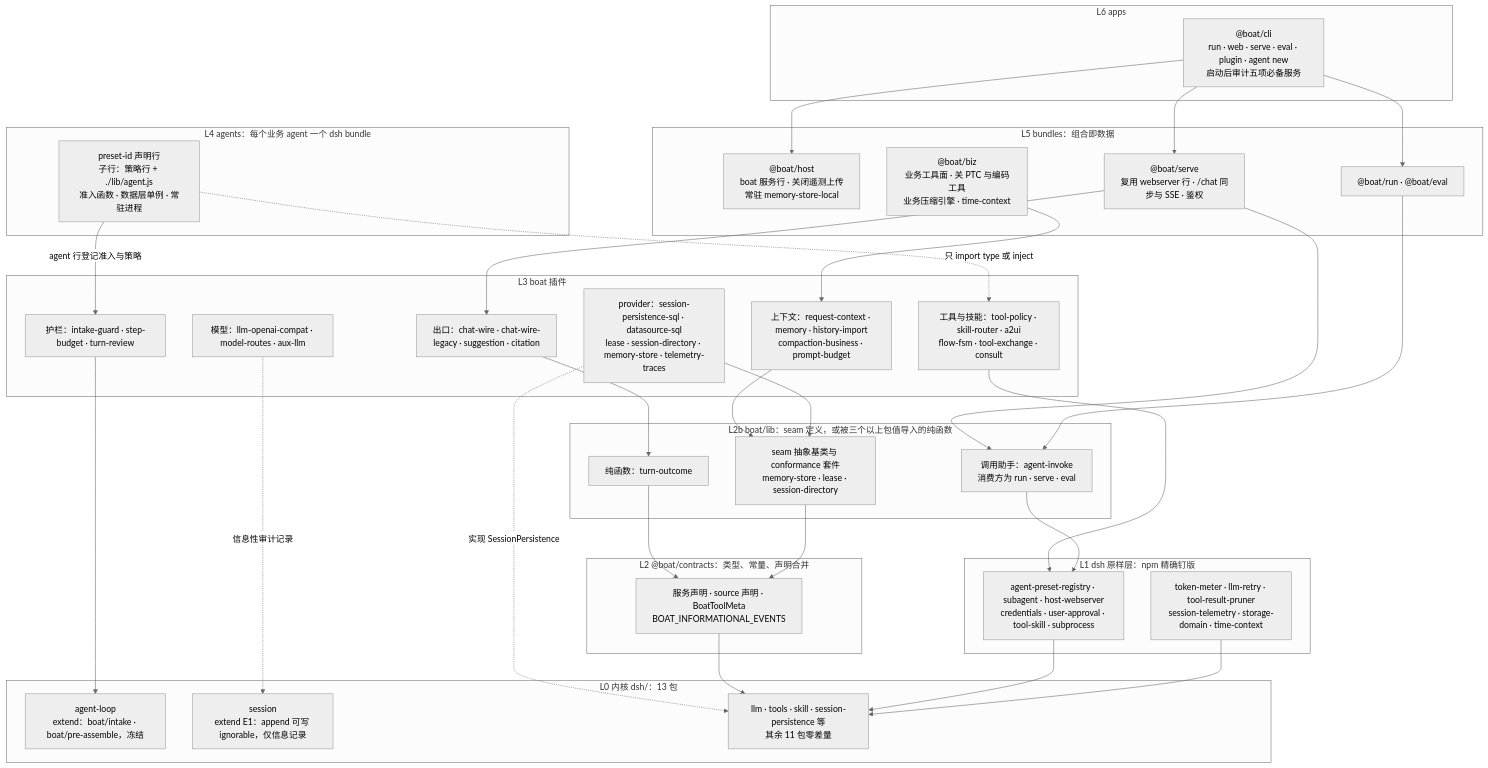
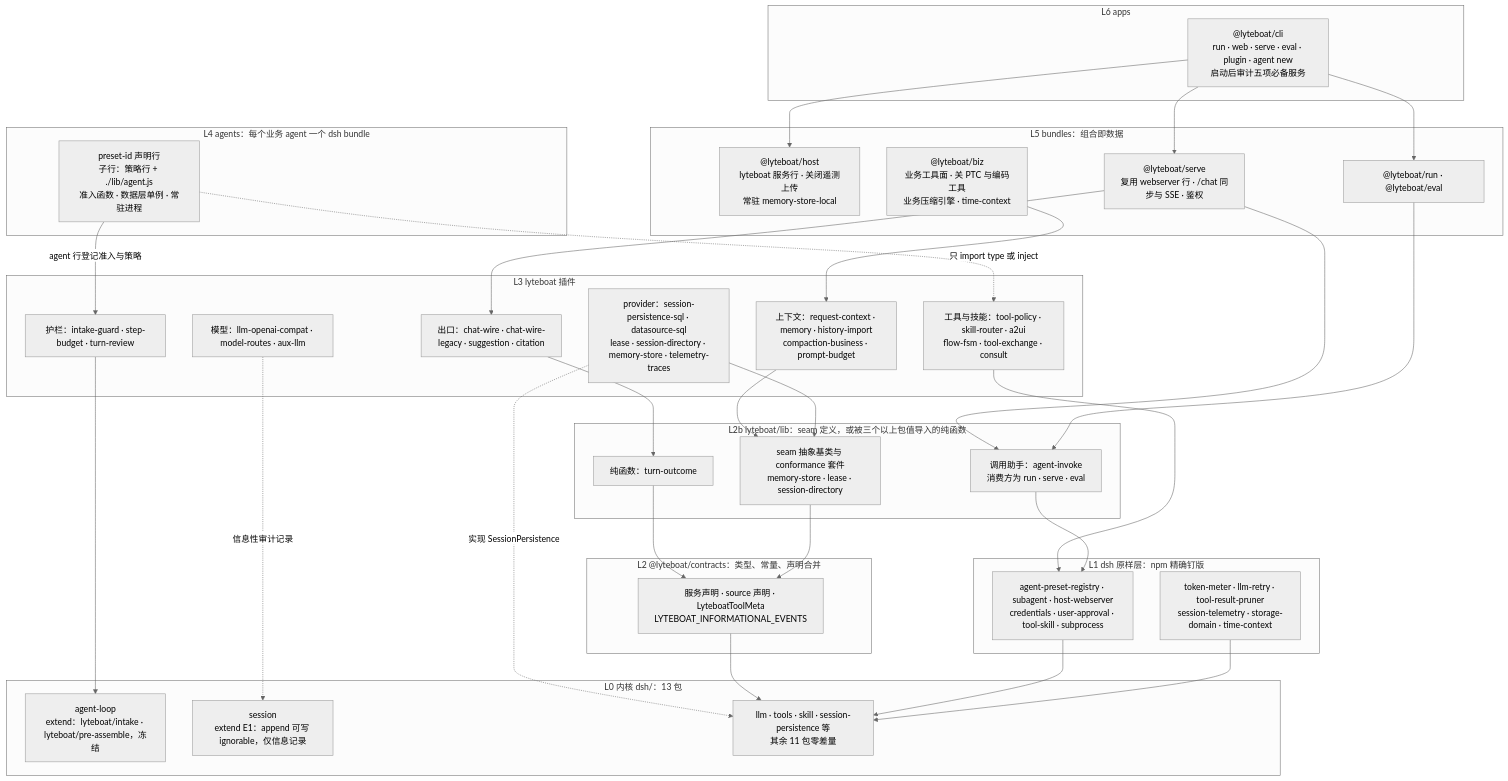
Before and after one commit to lyteboat/boat: the first of 3 diagrams in docs/04-reference-alignment.md, drawn with Mermaid (neutral theme). The commit also changed other lines of this file and 316 other files, not shown here.

First line of the commit message:
chore: lyteboat — one name for the packages, the CLI, the protocol, and the docs

````diff
--- a/docs/04-reference-alignment.md
+++ b/docs/04-reference-alignment.md
@@ -618,62 +618,62 @@
 ```mermaid
 flowchart TB
   subgraph L6["L6 apps"]
-    CLI["@boat/cli<br/>run · web · serve · eval · plugin · agent new<br/>启动后审计五项必备服务"]
+    CLI["@lyteboat/cli<br/>run · web · serve · eval · plugin · agent new<br/>启动后审计五项必备服务"]
   end
   subgraph L5["L5 bundles：组合即数据"]
-    HOST["@boat/host<br/>boat 服务行 · 关闭遥测上传<br/>常驻 memory-store-local"]
-    BIZ["@boat/biz<br/>业务工具面 · 关 PTC 与编码工具<br/>业务压缩引擎 · time-context"]
-    SERVE["@boat/serve<br/>复用 webserver 行 · /chat 同步与 SSE · 鉴权"]
-    RUNEVAL["@boat/run · @boat/eval"]
+    HOST["@lyteboat/host<br/>lyteboat 服务行 · 关闭遥测上传<br/>常驻 memory-store-local"]
+    BIZ["@lyteboat/biz<br/>业务工具面 · 关 PTC 与编码工具<br/>业务压缩引擎 · time-context"]
+    SERVE["@lyteboat/serve<br/>复用 webserver 行 · /chat 同步与 SSE · 鉴权"]
+    RUNEVAL["@lyteboat/run · @lyteboat/eval"]
   end
   subgraph L4["L4 agents：每个业务 agent 一个 dsh bundle"]
     AG["preset-id 声明行<br/>子行：策略行 + ./lib/agent.js<br/>准入函数 · 数据层单例 · 常驻进程"]
   end
-  subgraph L3["L3 boat 插件"]
+  subgraph L3["L3 lyteboat 插件"]
     P1["护栏：intake-guard · step-budget · turn-review"]
     P2["工具与技能：tool-policy · skill-router · a2ui<br/>flow-fsm · tool-exchange · consult"]
     P3["上下文：request-context · memory · history-import<br/>compaction-business · prompt-budget"]
     P4["模型：llm-openai-compat · model-routes · aux-llm"]
     P5["出口：chat-wire · chat-wire-legacy · suggestion · citation"]
     P6["provider：session-persistence-sql · datasource-sql<br/>lease · session-directory · memory-store · telemetry-traces"]
   end
-  subgraph LIB["L2b boat/lib：seam 定义，或被三个以上包值导入的纯函数"]
+  subgraph LIB["L2b lyteboat/lib：seam 定义，或被三个以上包值导入的纯函数"]
     LB1["纯函数：turn-outcome"]
     LB2["seam 抽象基类与 conformance 套件<br/>memory-store · lease · session-directory"]
     LB3["调用助手：agent-invoke<br/>消费方为 run · serve · eval"]
   end
-  subgraph L2["L2 @boat/contracts：类型、常量、声明合并"]
-    CT["服务声明 · source 声明 · BoatToolMeta<br/>BOAT_INFORMATIONAL_EVENTS"]
+  subgraph L2["L2 @lyteboat/contracts：类型、常量、声明合并"]
+    CT["服务声明 · source 声明 · LyteboatToolMeta<br/>LYTEBOAT_INFORMATIONAL_EVENTS"]
   end
   subgraph L1["L1 dsh 原样层：npm 精确钉版"]
     N1["agent-preset-registry · subagent · host-webserver<br/>credentials · user-approval · tool-skill · subprocess"]
     N2["token-meter · llm-retry · tool-result-pruner<br/>session-telemetry · storage-domain · time-context"]
   end
   subgraph L0["L0 内核 dsh/：13 包"]
-    K1["agent-loop<br/>extend：boat/intake · boat/pre-assemble，冻结"]
+    K1["agent-loop<br/>extend：lyteboat/intake · lyteboat/pre-assemble，冻结"]
     K2["session<br/>extend E1：append 可写 ignorable，仅信息记录"]
     K3["llm · tools · skill · session-persistence 等<br/>其余 11 包零差量"]
   end
   CLI --> HOST
   CLI --> SERVE
   CLI --> RUNEVAL
   SERVE --> LB3
   RUNEVAL --> LB3
   SERVE --> P5
   BIZ --> P3
   AG -->|"agent 行登记准入与策略"| P1
   AG -.->|"只 import type 或 inject"| P2
   P1 --> K1
   P2 --> N1
   P3 --> LB2
   P5 --> LB1
   P6 --> LB2
   P6 -.->|"实现 SessionPersistence"| K3
   P4 -.->|"信息性审计记录"| K2
   LB1 --> CT
   LB2 --> CT
   LB3 --> N1
   CT --> K3
   N1 --> K3
   N2 --> K3
 ```
````
